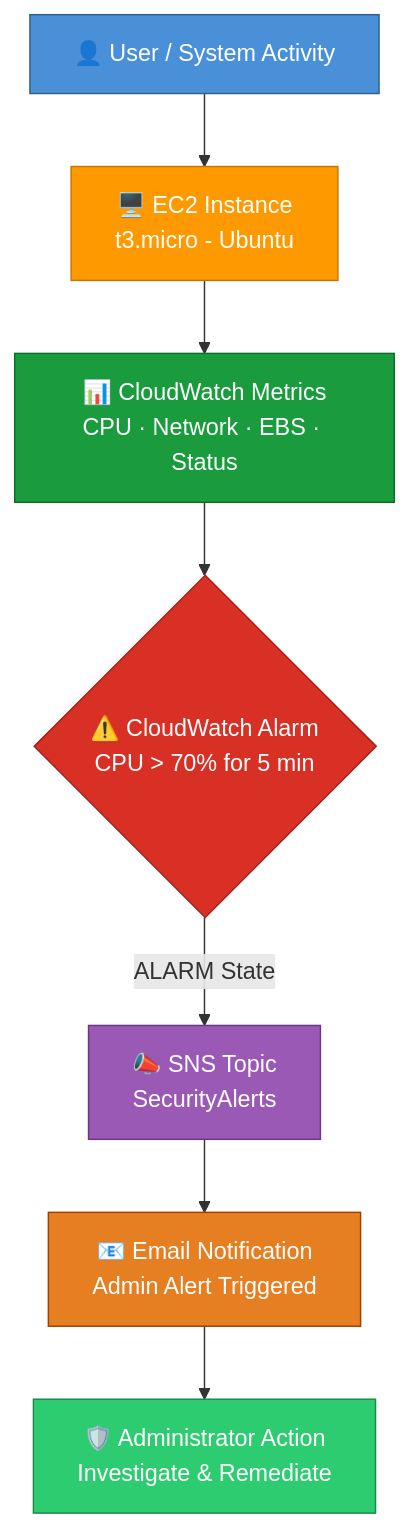
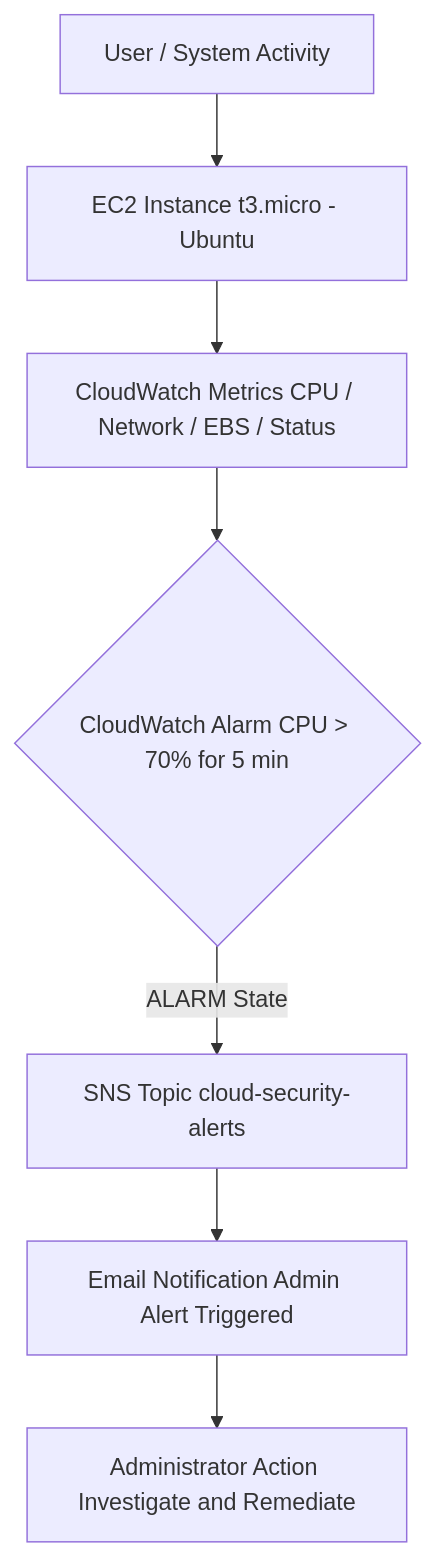
One commit to pendalwarmadhukar/aws-cloud-security-monitoring-project changed the diagram in README.md. Above: the diagram before and after it, drawn with Mermaid. The commit also changed other lines of this file, not shown here.

````diff
--- a/README.md
+++ b/README.md
@@ -50,17 +48,9 @@
 ```mermaid
 flowchart TD
-    A[👤 User / System Activity] --> B[🖥️ EC2 Instance\nt3.micro - Ubuntu]
-    B --> C[📊 CloudWatch Metrics\nCPU · Network · EBS · Status]
-    C --> D{⚠️ CloudWatch Alarm\nCPU > 70% for 5 min}
-    D -->|ALARM State| E[📣 SNS Topic\nSecurityAlerts]
-    E --> F[📧 Email Notification\nAdmin Alert Triggered]
-    F --> G[🛡️ Administrator Action\nInvestigate & Remediate]
-
-    style A fill:#4A90D9,color:#fff,stroke:#2C5F8A
-    style B fill:#FF9900,color:#fff,stroke:#C67600
-    style C fill:#1A9C3E,color:#fff,stroke:#0F6B2A
-    style D fill:#D93025,color:#fff,stroke:#A52019
-    style E fill:#9B59B6,color:#fff,stroke:#6C3483
-    style F fill:#E67E22,color:#fff,stroke:#A04000
-    style G fill:#2ECC71,color:#fff,stroke:#1A8A4A
+    A[User / System Activity] --> B[EC2 Instance t3.micro - Ubuntu]
+    B --> C[CloudWatch Metrics CPU / Network / EBS / Status]
+    C --> D{CloudWatch Alarm CPU > 70% for 5 min}
+    D -->|ALARM State| E[SNS Topic cloud-security-alerts]
+    E --> F[Email Notification Admin Alert Triggered]
+    F --> G[Administrator Action Investigate and Remediate]
 ```
````
